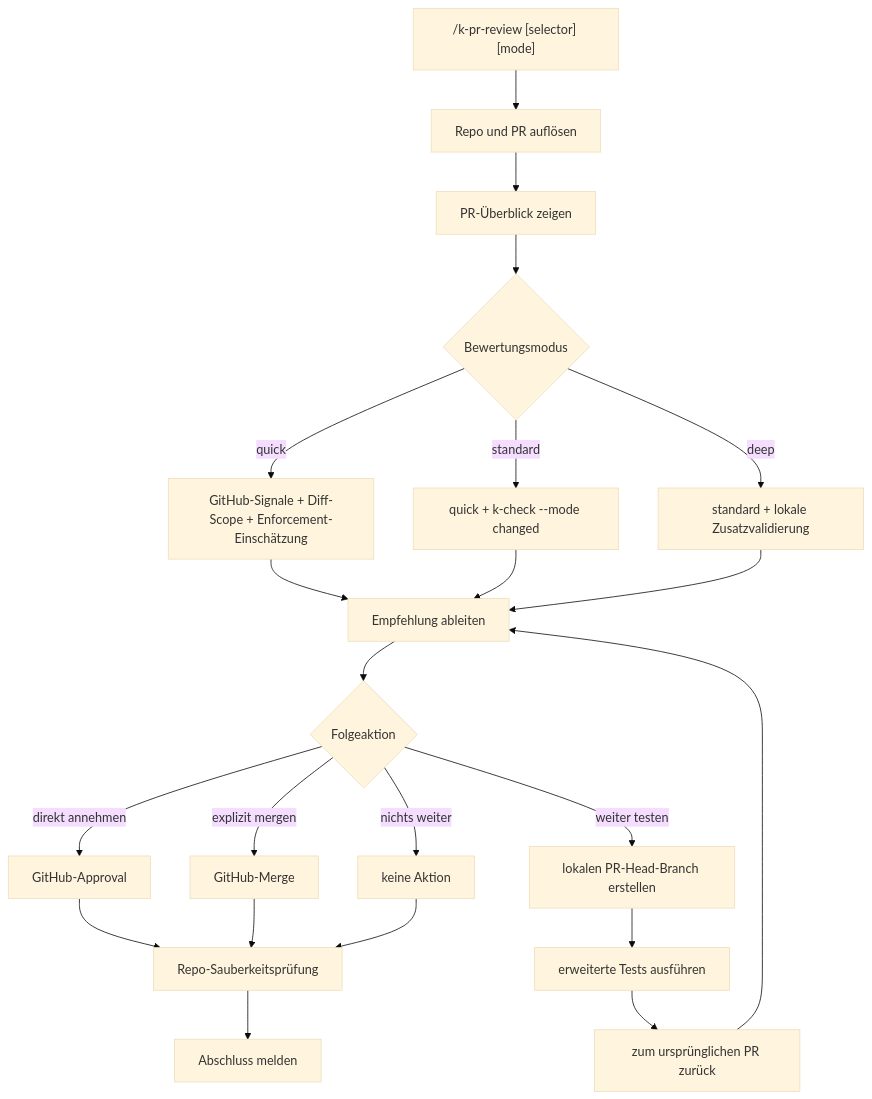
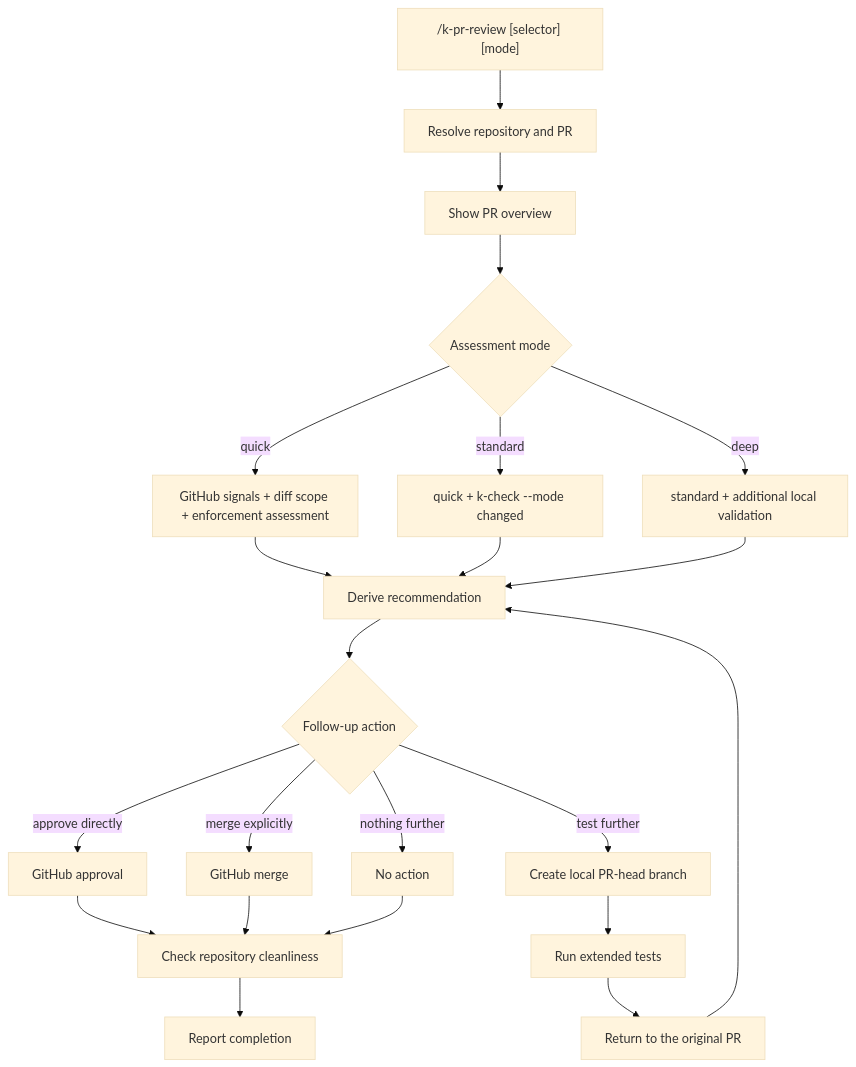
Before and after one commit to kascada/k-playbook: the diagram in docs/pr-review.md, drawn with Mermaid (base theme). The commit also changed other lines of this file and 66 other files, not shown here.

````diff
--- a/docs/pr-review.md
+++ b/docs/pr-review.md
@@ -33,24 +33,24 @@
 ```mermaid
 flowchart TD
-    A["/k-pr-review [selector] [mode]"] --> B["Repo und PR auflösen"]
-    B --> C["PR-Überblick zeigen"]
-    C --> D{"Bewertungsmodus"}
-    D -->|quick| E["GitHub-Signale + Diff-Scope + Enforcement-Einschätzung"]
+    A["/k-pr-review [selector] [mode]"] --> B["Resolve repository and PR"]
+    B --> C["Show PR overview"]
+    C --> D{"Assessment mode"}
+    D -->|quick| E["GitHub signals + diff scope + enforcement assessment"]
     D -->|standard| F["quick + k-check --mode changed"]
-    D -->|deep| G["standard + lokale Zusatzvalidierung"]
-    E --> H["Empfehlung ableiten"]
+    D -->|deep| G["standard + additional local validation"]
+    E --> H["Derive recommendation"]
     F --> H
     G --> H
-    H --> I{"Folgeaktion"}
-    I -->|direkt annehmen| J["GitHub-Approval"]
-    I -->|explizit mergen| K["GitHub-Merge"]
-    I -->|weiter testen| L["lokalen PR-Head-Branch erstellen"]
-    I -->|nichts weiter| M["keine Aktion"]
-    L --> N["erweiterte Tests ausführen"]
-    N --> O["zum ursprünglichen PR zurück"]
+    H --> I{"Follow-up action"}
+    I -->|approve directly| J["GitHub approval"]
+    I -->|merge explicitly| K["GitHub merge"]
+    I -->|test further| L["Create local PR-head branch"]
+    I -->|nothing further| M["No action"]
+    L --> N["Run extended tests"]
+    N --> O["Return to the original PR"]
     O --> H
-    J --> P["Repo-Sauberkeitsprüfung"]
+    J --> P["Check repository cleanliness"]
     K --> P
     M --> P
-    P --> Q["Abschluss melden"]
+    P --> Q["Report completion"]
 ```
````
